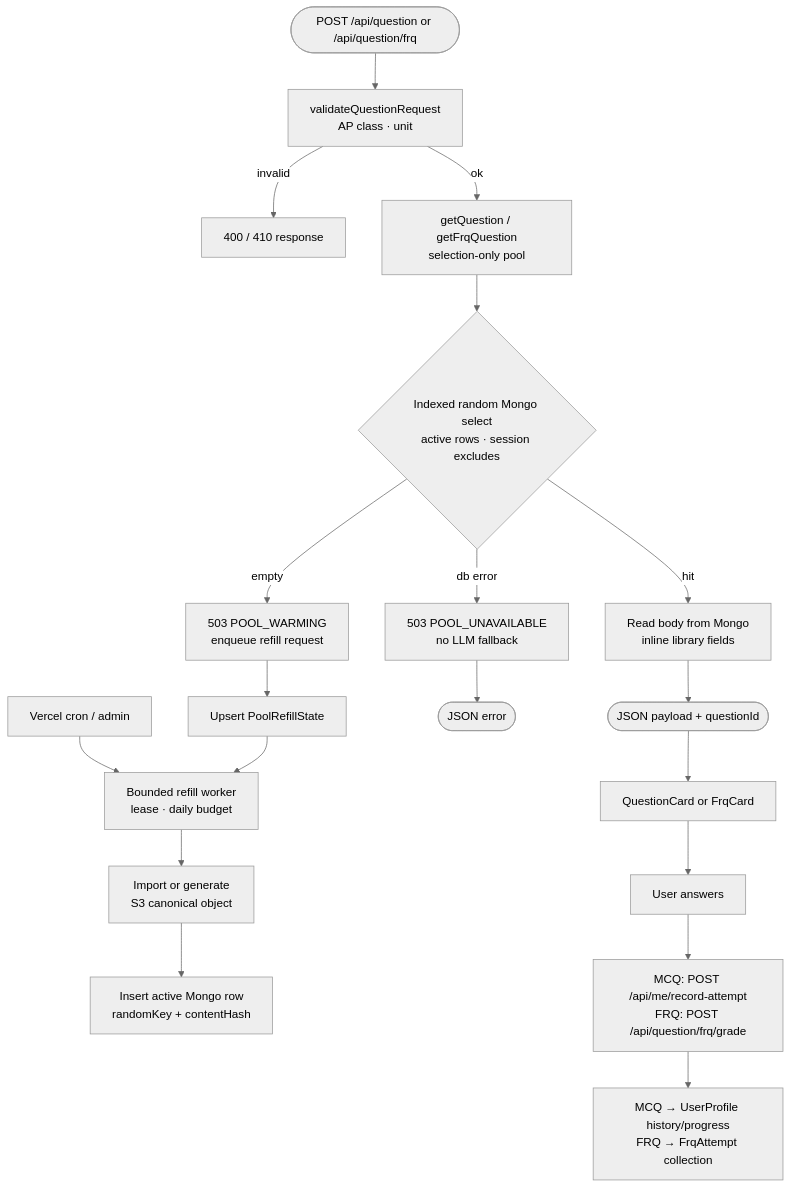
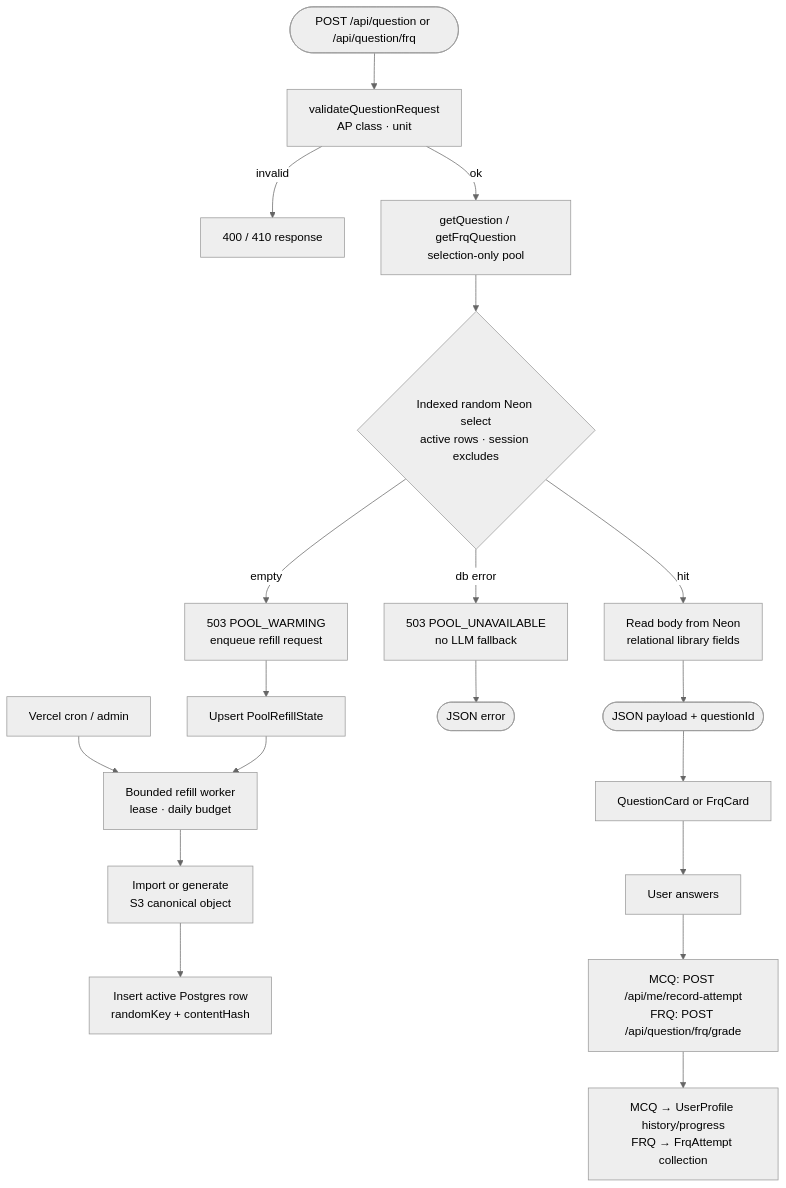
The fourth of 7 diagrams in docs/architecture.md (5cisummai/freeappractice), drawn with Mermaid (neutral theme) before and after one commit. The commit also changed other lines of this file and 61 other files, not shown here.

````diff
--- a/docs/architecture.md
+++ b/docs/architecture.md
@@ -188,25 +188,25 @@
 ```mermaid
 flowchart TD
     Start(["POST /api/question or /api/question/frq"]) --> Validate["validateQuestionRequest<br/>AP class · unit"]
     Validate -->|invalid| Err400["400 / 410 response"]
     Validate -->|ok| Pool["getQuestion / getFrqQuestion<br/>selection-only pool"]
 
-    Pool --> Select{"Indexed random Mongo select<br/>active rows · session excludes"}
-    Select -->|hit| LoadInline["Read body from Mongo<br/>inline library fields"]
+    Pool --> Select{"Indexed random Neon select<br/>active rows · session excludes"}
+    Select -->|hit| LoadInline["Read body from Neon<br/>relational library fields"]
     Select -->|empty| Warming["503 POOL_WARMING<br/>enqueue refill request"]
     Select -->|db error| Unavailable["503 POOL_UNAVAILABLE<br/>no LLM fallback"]
 
     LoadInline --> Return(["JSON payload + questionId"])
     Warming --> RefillReq["Upsert PoolRefillState"]
     Unavailable --> ReturnErr(["JSON error"])
 
     Cron["Vercel cron / admin"] --> Worker["Bounded refill worker<br/>lease · daily budget"]
     RefillReq --> Worker
     Worker --> S3First["Import or generate<br/>S3 canonical object"]
-    S3First --> MongoInsert["Insert active Mongo row<br/>randomKey + contentHash"]
+    S3First --> NeonInsert["Insert active Postgres row<br/>randomKey + contentHash"]
 
     Return --> UI["QuestionCard or FrqCard"]
     UI --> Attempt["User answers"]
     Attempt --> Record["MCQ: POST /api/me/record-attempt<br/>FRQ: POST /api/question/frq/grade"]
     Record --> Profile["MCQ → UserProfile history/progress<br/>FRQ → FrqAttempt collection"]
 ```
````
